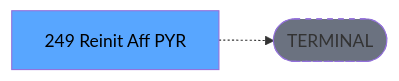
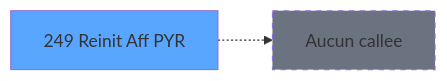
The third of 3 diagrams in .openspec/specs/ADH-IDE-249.md (thonyAGP/magic-migration), drawn with Mermaid before and after one commit. The commit also changed other lines of this file and 493 other files, not shown here.

````diff
--- a/.openspec/specs/ADH-IDE-249.md
+++ b/.openspec/specs/ADH-IDE-249.md
@@ -138,8 +183,8 @@
 ```mermaid
 graph LR
-    T[249 Reinit Aff PYR]
-    TERM([TERMINAL])
-    T -.-> TERM
-    style TERM fill:#6b7280,stroke-dasharray: 5 5
-    style T fill:#58a6ff,color:#000
+    T249[249 Reinit Aff PYR]
+    style T249 fill:#58a6ff
+    NONE[Aucun callee]
+    T249 -.-> NONE
+    style NONE fill:#6b7280,stroke-dasharray: 5 5
 ```
````
